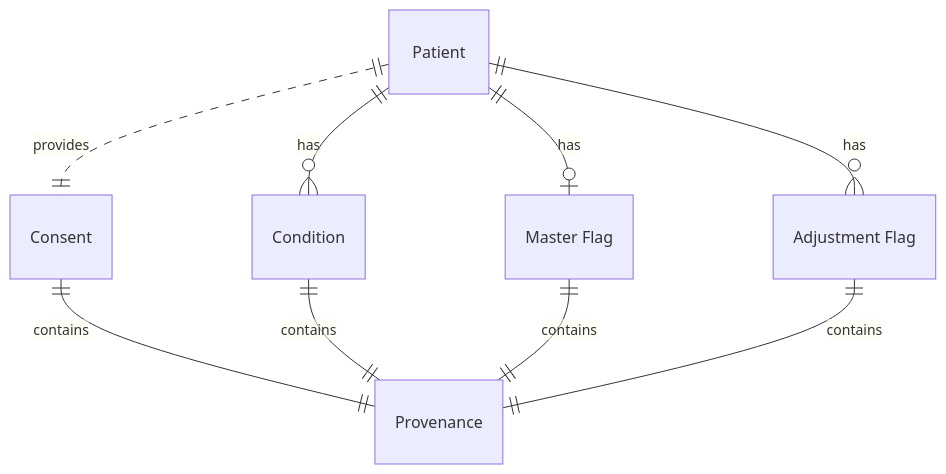
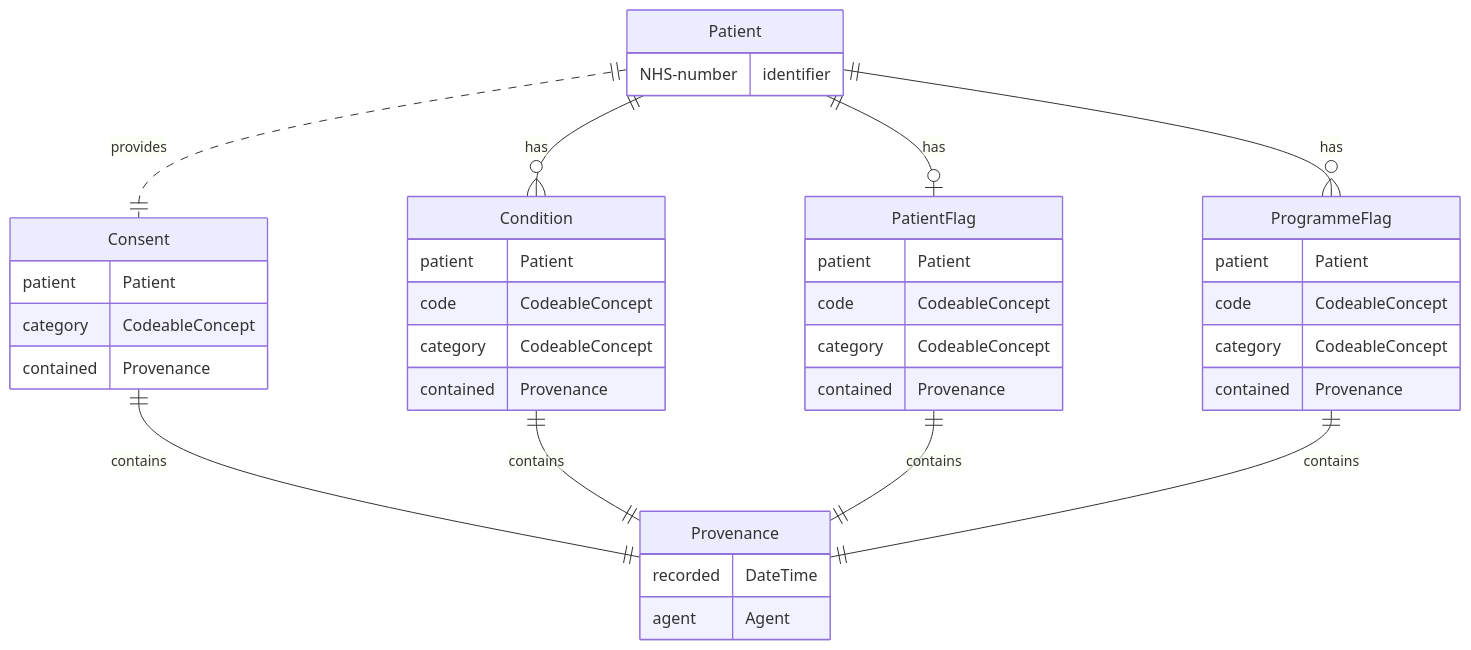
The diagram in input/pagecontent/data-model.md (NHSDigital/ra-sandbox), drawn with Mermaid before and after one commit. The commit also changed other lines of this file and 102 other files, not shown here.

```diff
--- a/input/pagecontent/data-model.md
+++ b/input/pagecontent/data-model.md
@@ -11,13 +7,43 @@
 <div class="mermaid">
 erDiagram
+  Patient {
+    NHS-number identifier
+  }
+  Consent {
+    patient Patient
+    category CodeableConcept
+    contained Provenance
+  }
+  Condition {
+    patient Patient
+    code CodeableConcept
+    category CodeableConcept
+    contained Provenance
+  }
+  PatientFlag {
+    patient Patient
+    code CodeableConcept
+    category CodeableConcept
+    contained Provenance
+  }
+  ProgrammeFlag {
+    patient Patient
+    code CodeableConcept
+    category CodeableConcept
+    contained Provenance
+  }
+  Provenance {
+    recorded DateTime
+    agent Agent
+  }
 
   Patient ||..|| Consent : provides
   Patient ||--o{ Condition : has
-  Patient ||--o| "Master Flag" : "has"
-  Patient ||--o{ "Adjustment Flag" : has
+  Patient ||--o| PatientFlag : has
+  Patient ||--o{ ProgrammeFlag : has
 
   Consent ||--|| Provenance : contains
   Condition ||--|| Provenance : contains
-  "Master Flag" ||--|| Provenance : contains
-  "Adjustment Flag" ||--|| Provenance : contains
+  PatientFlag ||--|| Provenance : contains
+  ProgrammeFlag ||--|| Provenance : contains
 </div>
```
